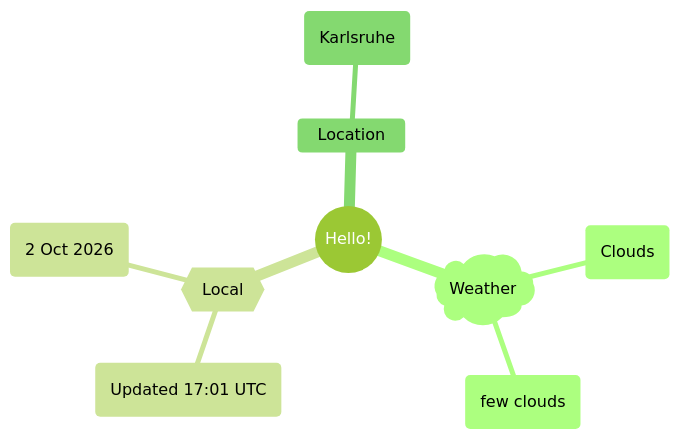
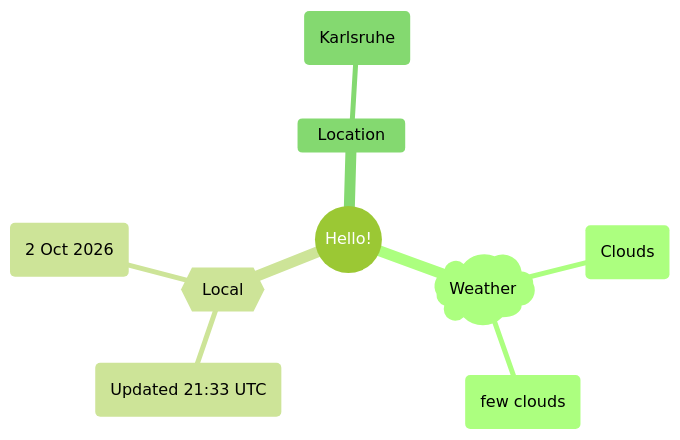
Before and after one commit to Xosrov/Xosrov: the first of 2 diagrams in README.md, drawn with Mermaid (forest theme).

Commit message:
[bot] updated images

````diff
--- a/README.md
+++ b/README.md
@@ -3,12 +3,12 @@
 ```mermaid
 mindmap
   root((Hello!))
     )Weather(
         (Clouds)
         (few clouds)
     {{Local}}
-        (Updated 17:01 UTC)
+        (Updated 21:33 UTC)
         (2 Oct 2026)
     Location
         (Karlsruhe)
 ```
````
